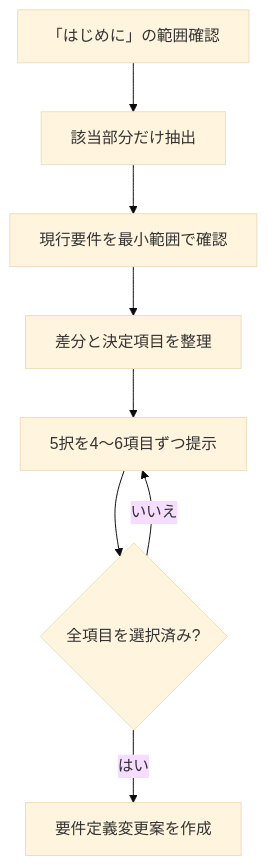
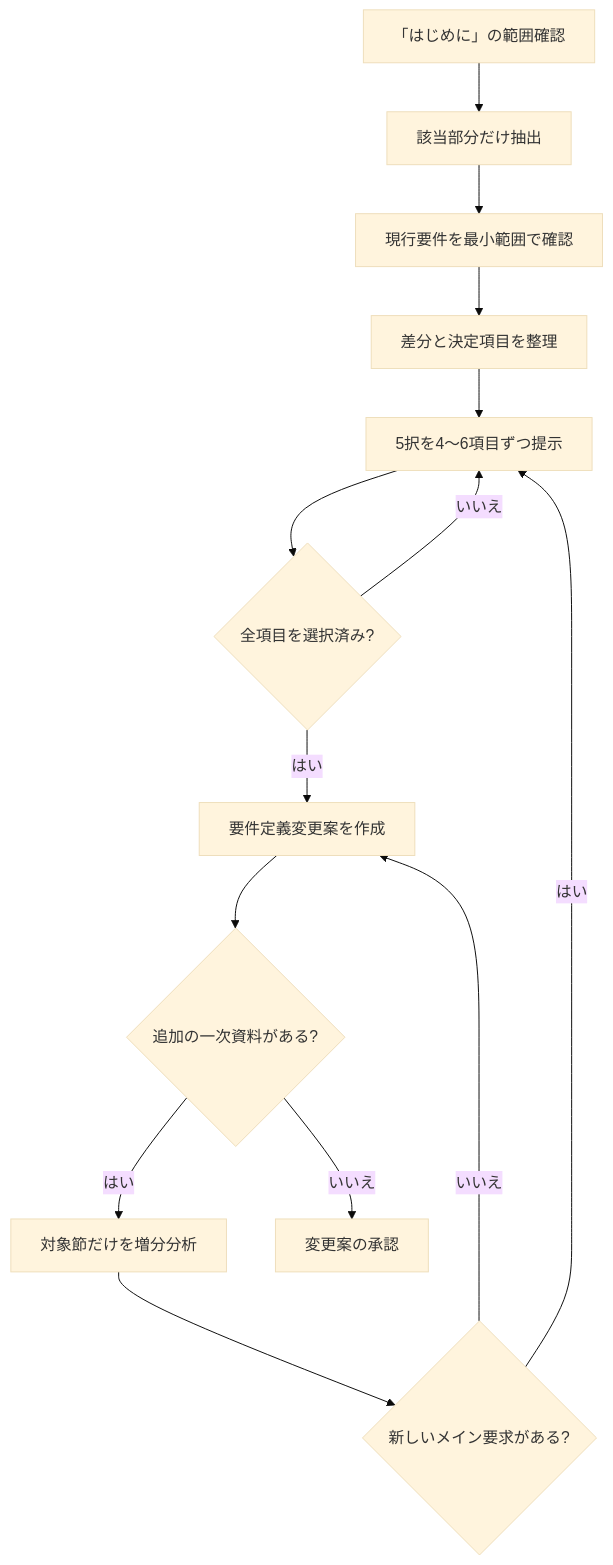
The diagram in docs/requirements-update-workflow.md (ChestnutForest/paper-repro), drawn with Mermaid (base theme) before and after one commit. The commit also changed other lines of this file and 5 other files, not shown here.

````diff
--- a/docs/requirements-update-workflow.md
+++ b/docs/requirements-update-workflow.md
@@ -378,10 +410,16 @@
 ```mermaid
 flowchart TD
     A["「はじめに」の範囲確認"] --> B["該当部分だけ抽出"]
     B --> C["現行要件を最小範囲で確認"]
     C --> D["差分と決定項目を整理"]
     D --> E["5択を4～6項目ずつ提示"]
     E --> F{"全項目を選択済み?"}
     F -- いいえ --> E
     F -- はい --> G["要件定義変更案を作成"]
+    G --> H{"追加の一次資料がある?"}
+    H -- はい --> I["対象節だけを増分分析"]
+    I --> J{"新しいメイン要求がある?"}
+    J -- はい --> E
+    J -- いいえ --> G
+    H -- いいえ --> K["変更案の承認"]
 ```
````
